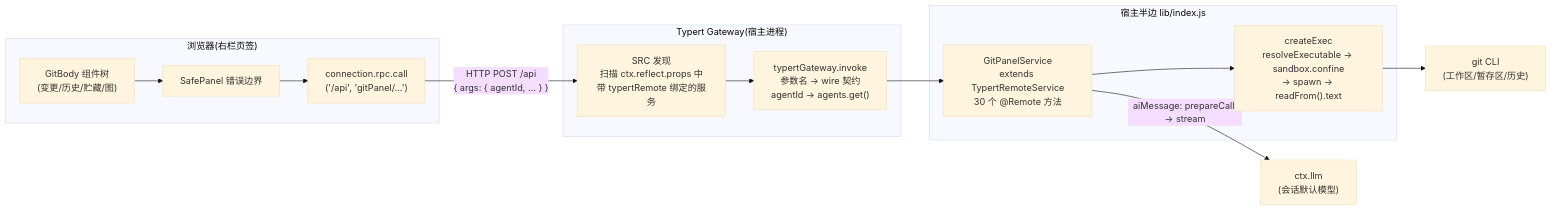
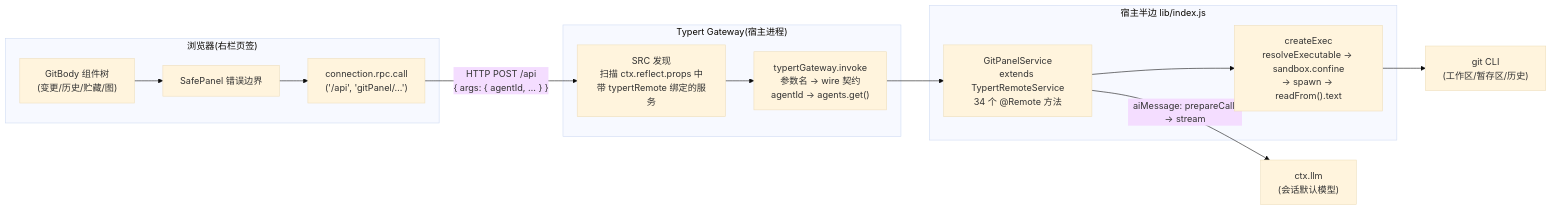
One commit to z-y-q/dsh-git-panel changed the first of 7 diagrams in ARCHITECTURE.md. Above: the diagram before and after it, drawn with Mermaid (base theme). The commit also changed other lines of this file and 2 other files, not shown here.

Commit message:
docs: 同步 v0.7.x 文档 — README 特性/版本/方法数(34),CHANGELOG 补 0.7.0/0.7.1,ARCHITECTURE 方法清单与生命周期集成测试

````diff
--- a/ARCHITECTURE.md
+++ b/ARCHITECTURE.md
@@ -10,28 +10,28 @@
 ```mermaid
 flowchart LR
     subgraph Browser["浏览器(右栏页签)"]
         UI["GitBody 组件树\n(变更/历史/贮藏/图)"]
         Safe["SafePanel 错误边界"]
         RPC["connection.rpc.call\n('/api', 'gitPanel/…')"]
         UI --> Safe
         Safe --> RPC
     end
 
     subgraph GW["Typert Gateway(宿主进程)"]
         SRC["SRC 发现\n扫描 ctx.reflect.props 中\n带 typertRemote 绑定的服务"]
         INVOKE["typertGateway.invoke\n参数名 → wire 契约\nagentId → agents.get()"]
     end
 
     subgraph Host["宿主半边 lib/index.js"]
-        SVC["GitPanelService\nextends TypertRemoteService\n30 个 @Remote 方法"]
+        SVC["GitPanelService\nextends TypertRemoteService\n34 个 @Remote 方法"]
         EXEC["createExec\nresolveExecutable → sandbox.confine\n→ spawn → readFrom().text"]
     end
 
     GIT["git CLI\n(工作区/暂存区/历史)"]
     LLM["ctx.llm\n(会话默认模型)"]
 
     RPC -->|"HTTP POST /api\n{ args: { agentId, … } }"| SRC
     SRC --> INVOKE --> SVC
     SVC --> EXEC --> GIT
     SVC -->|"aiMessage: prepareCall → stream"| LLM
 ```
````
